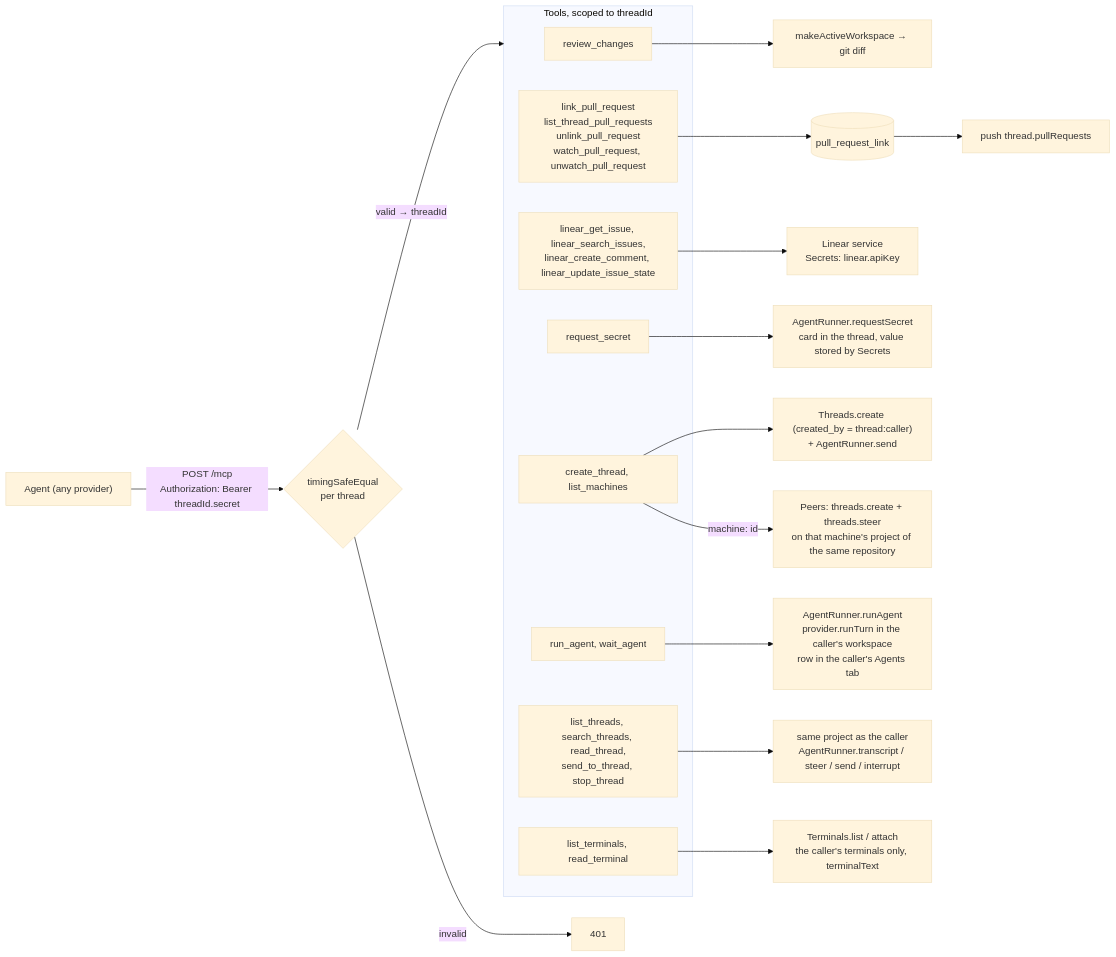
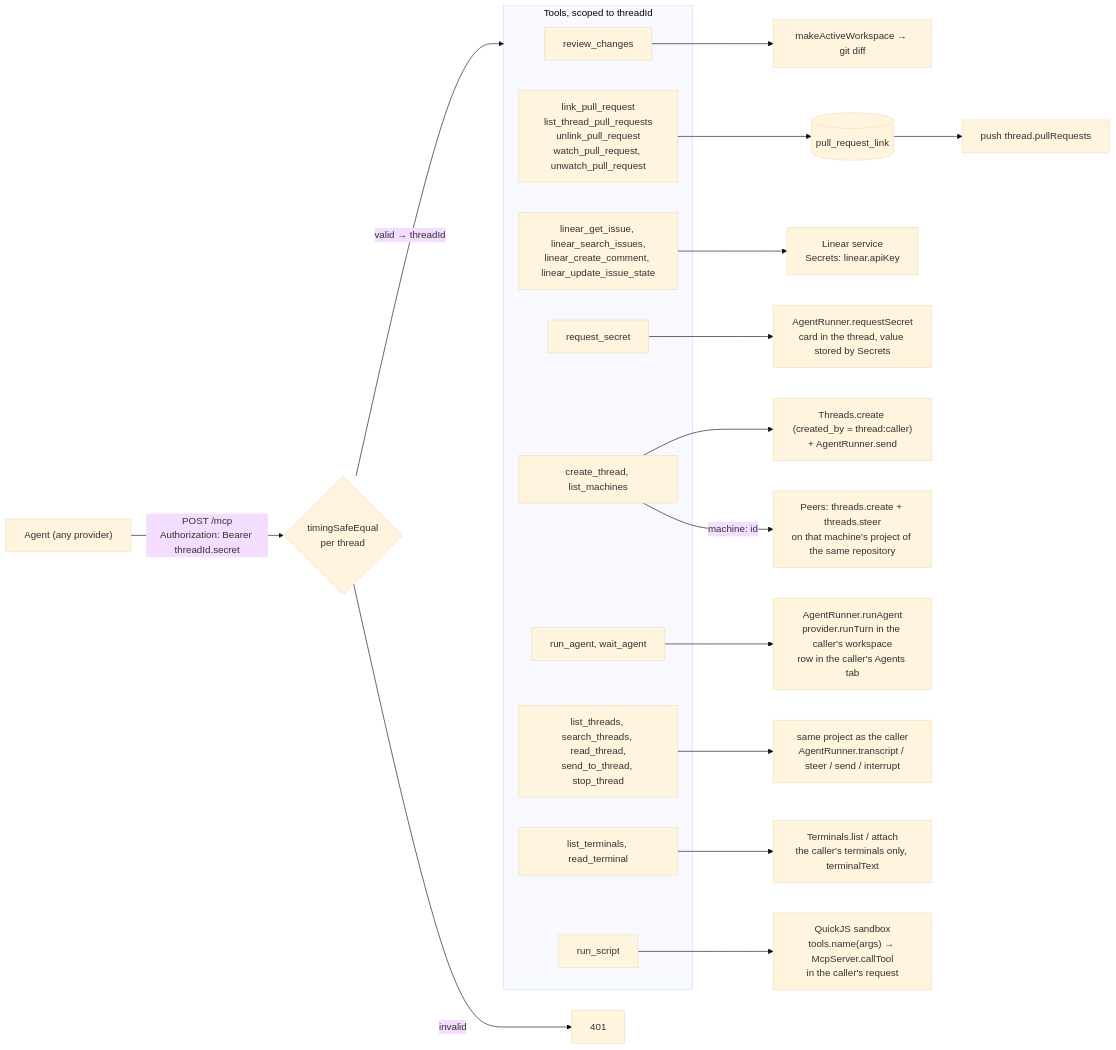
Diagram 16 of 19 in docs/arch.md (hinadev-ai/hinacode), drawn with Mermaid (base theme) before and after one commit. The commit also changed other lines of this file and 5 other files, not shown here.

First line of the commit message:
feat(mcp): add run_script to chain tools in a script

````diff
--- a/docs/arch.md
+++ b/docs/arch.md
@@ -653,25 +653,27 @@
 ```mermaid
 flowchart LR
   agent["Agent (any provider)"] -- "POST /mcp<br/>Authorization: Bearer threadId.secret" --> auth{"timingSafeEqual<br/>per thread"}
   auth -- "valid → threadId" --> tools
   auth -- invalid --> deny["401"]
   subgraph tools["Tools, scoped to threadId"]
     review["review_changes"]
     prs["link_pull_request<br/>list_thread_pull_requests<br/>unlink_pull_request<br/>watch_pull_request, unwatch_pull_request"]
     linear["linear_get_issue, linear_search_issues,<br/>linear_create_comment, linear_update_issue_state"]
     secret["request_secret"]
     create["create_thread, list_machines"]
     run["run_agent, wait_agent"]
     control["list_threads, search_threads, read_thread,<br/>send_to_thread, stop_thread"]
     terms["list_terminals, read_terminal"]
+    script["run_script"]
   end
   review --> ws["makeActiveWorkspace → git diff"]
   prs --> db[("pull_request_link")] --> push["push thread.pullRequests"]
   linear --> apikey["Linear service<br/>Secrets: linear.apiKey"]
   secret --> runner["AgentRunner.requestSecret<br/>card in the thread, value stored by Secrets"]
   create --> threads["Threads.create (created_by = thread:caller)<br/>+ AgentRunner.send"]
   create -- "machine: id" --> peers["Peers: threads.create + threads.steer<br/>on that machine's project of the same repository"]
   run --> agentRun["AgentRunner.runAgent<br/>provider.runTurn in the caller's workspace<br/>row in the caller's Agents tab"]
   control --> scope["same project as the caller<br/>AgentRunner.transcript / steer / send / interrupt"]
   terms --> scrollback["Terminals.list / attach<br/>the caller's terminals only, terminalText"]
+  script --> sandbox["QuickJS sandbox<br/>tools.name(args) → McpServer.callTool<br/>in the caller's request"]
 ```
````
